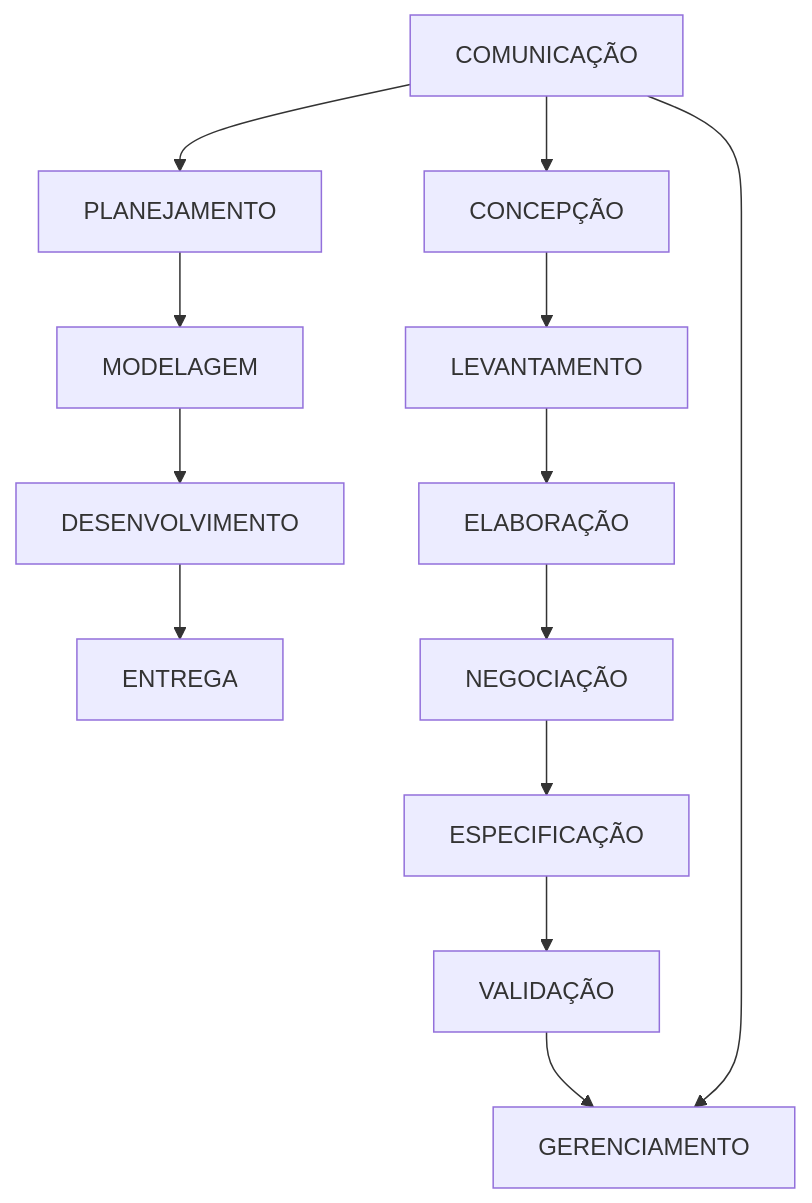
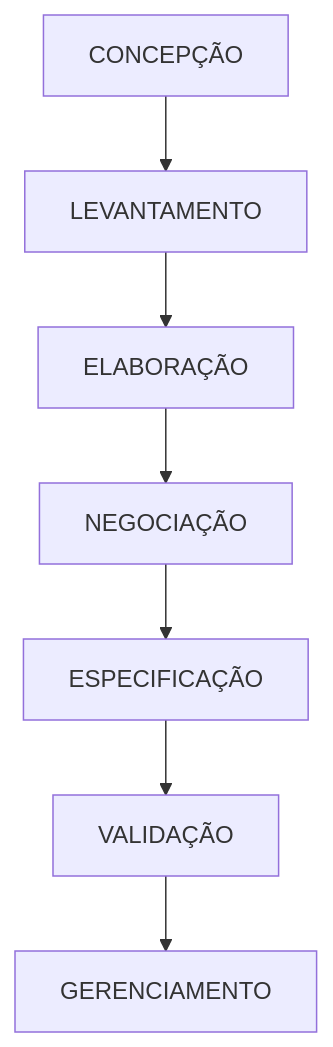
The diagram in Engenharia e Requisitos de Software/Aula 02.04.25.md (ericmds/3-Semestre), drawn with Mermaid before and after one commit. The commit also changed other lines of this file, not shown here.

Commit message:
Update Aula 02.04.25.md

````diff
--- a/Engenharia e Requisitos de Software/Aula 02.04.25.md
+++ b/Engenharia e Requisitos de Software/Aula 02.04.25.md
@@ -2,15 +2,9 @@
   ```mermaid
   graph TD;
-    COMUNICAÇÃO-->PLANEJAMENTO
-    PLANEJAMENTO-->MODELAGEM
-    MODELAGEM-->DESENVOLVIMENTO
-    DESENVOLVIMENTO-->ENTREGA
-    COMUNICAÇÃO-->CONCEPÇÃO
     CONCEPÇÃO-->LEVANTAMENTO
     LEVANTAMENTO-->ELABORAÇÃO
     ELABORAÇÃO-->NEGOCIAÇÃO
     NEGOCIAÇÃO-->ESPECIFICAÇÃO
     ESPECIFICAÇÃO-->VALIDAÇÃO
     VALIDAÇÃO-->GERENCIAMENTO
-    COMUNICAÇÃO-->GERENCIAMENTO
   ```
````
